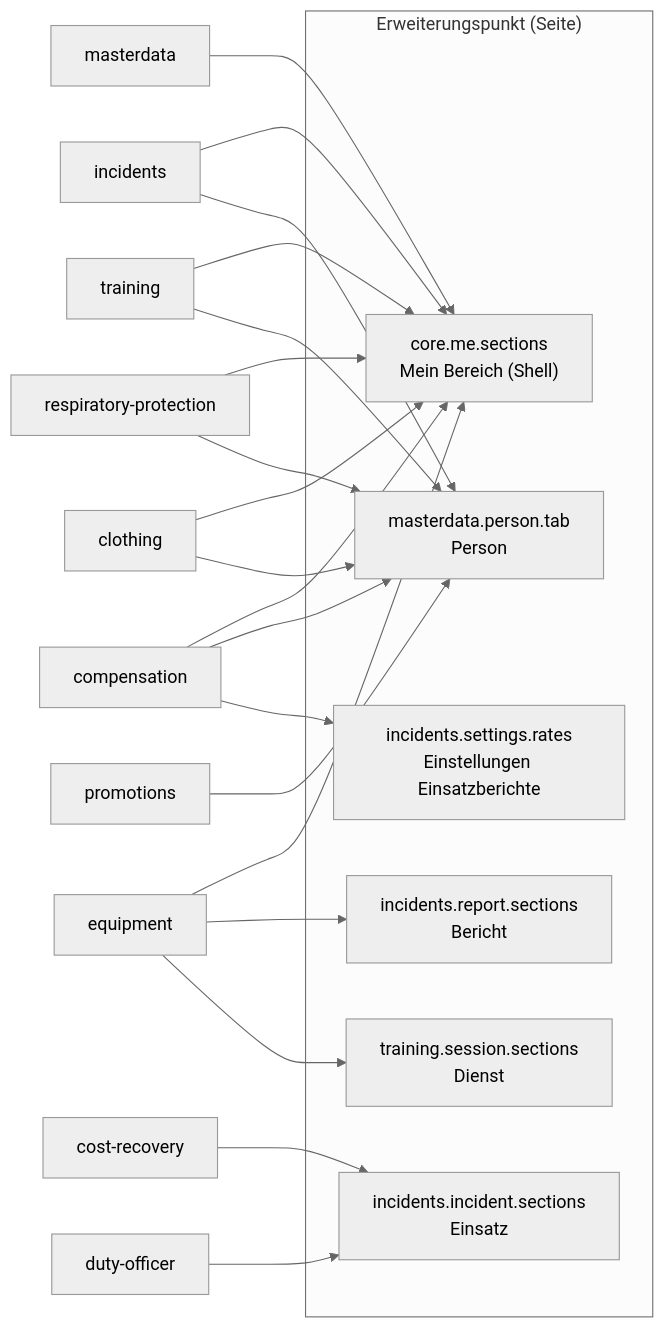
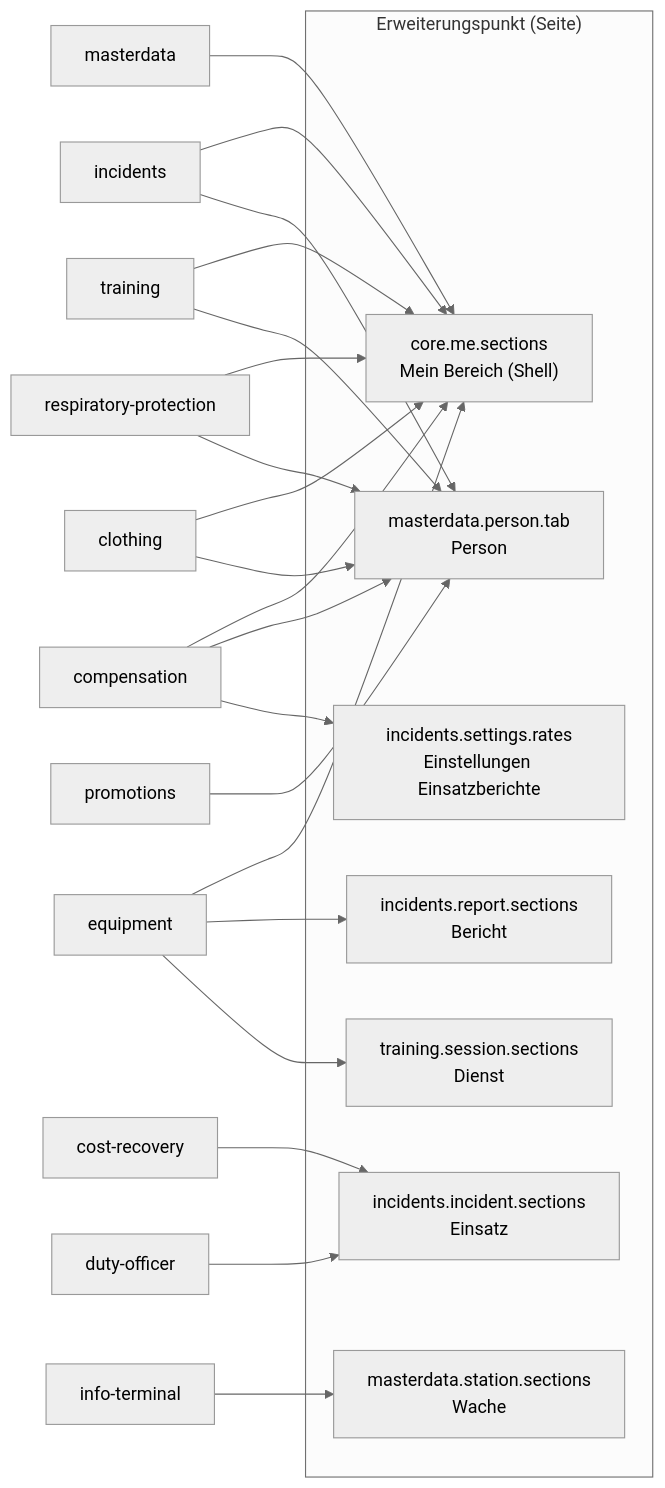
One commit to stixx200/f.orga changed the fourth of 4 diagrams in dokumentation/implementiert/gesamtbild.md. Above: the diagram before and after it, drawn with Mermaid (neutral theme). The commit also changed other lines of this file and 115 other files, not shown here.

First line of the commit message:
Info terminal: self-booking at the station into incident reports and sessions

````diff
--- a/dokumentation/implementiert/gesamtbild.md
+++ b/dokumentation/implementiert/gesamtbild.md
@@ -159,22 +163,24 @@
 ```mermaid
 flowchart LR
   subgraph Punkte["Erweiterungspunkt (Seite)"]
     ME["core.me.sections<br/>Mein Bereich (Shell)"]
     PT["masterdata.person.tab<br/>Person"]
     IS["incidents.incident.sections<br/>Einsatz"]
     RS["incidents.report.sections<br/>Bericht"]
     SR["incidents.settings.rates<br/>Einstellungen Einsatzberichte"]
     SS["training.session.sections<br/>Dienst"]
+    WS["masterdata.station.sections<br/>Wache"]
   end
 
   MD[masterdata] --> ME
   INC[incidents] --> ME & PT
   TRN[training] --> ME & PT
   RP[respiratory-protection] --> ME & PT
   COMP[compensation] --> ME & PT & SR
   EQ[equipment] --> ME & RS & SS
   CL[clothing] --> ME & PT
   PR[promotions] --> PT
   CR[cost-recovery] --> IS
   DO[duty-officer] --> IS
+  IT[info-terminal] --> WS
 ```
````
